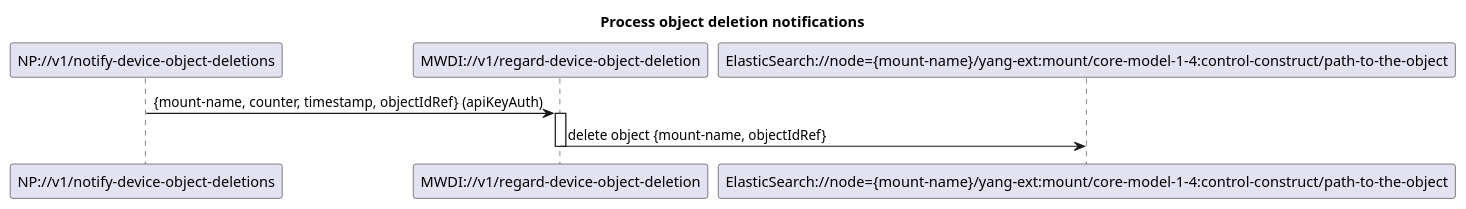
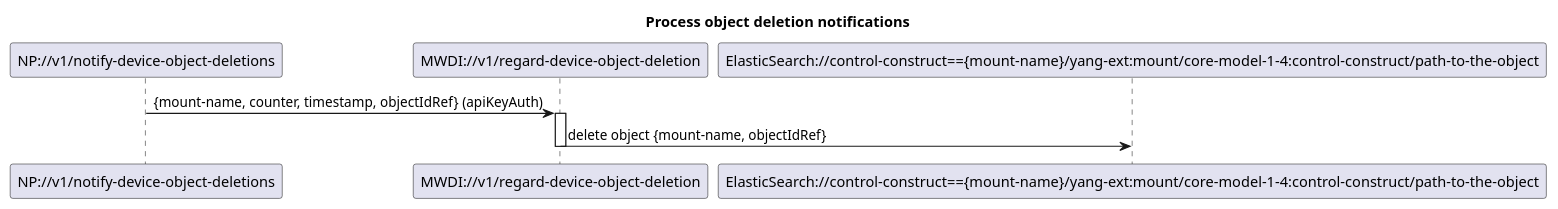
One commit to openBackhaul/MicroWaveDeviceInventory changed the diagram in spec/diagrams/026_NotificationBasedObjectDeletion.plantuml. Above: the diagram before and after it, drawn with PlantUML. The commit also changed 4 other files, not shown here.

Commit message:
updated notification diagrams

```diff
--- a/spec/diagrams/026_NotificationBasedObjectDeletion.plantuml
+++ b/spec/diagrams/026_NotificationBasedObjectDeletion.plantuml
@@ -1,16 +1,16 @@
-@startuml 026_NotificationBasedObjectCreation
+@startuml 026_NotificationBasedObjectDeletion
 skinparam responseMessageBelowArrow true
 
 title Process object deletion notifications
 
 participant "NP://v1/notify-device-object-deletions" as subscription
 participant "MWDI://v1/regard-device-object-deletion" as regardObjectDeletion
-participant "ElasticSearch://node={mount-name}/yang-ext:mount/core-model-1-4:control-construct/path-to-the-object" as es
+participant "ElasticSearch://control-construct=={mount-name}/yang-ext:mount/core-model-1-4:control-construct/path-to-the-object" as es
 
 subscription -> regardObjectDeletion: {mount-name, counter, timestamp, objectIdRef} (apiKeyAuth)
 activate regardObjectDeletion
 
 regardObjectDeletion -> es: delete object {mount-name, objectIdRef}
 deactivate regardObjectDeletion
 
 @enduml
```
